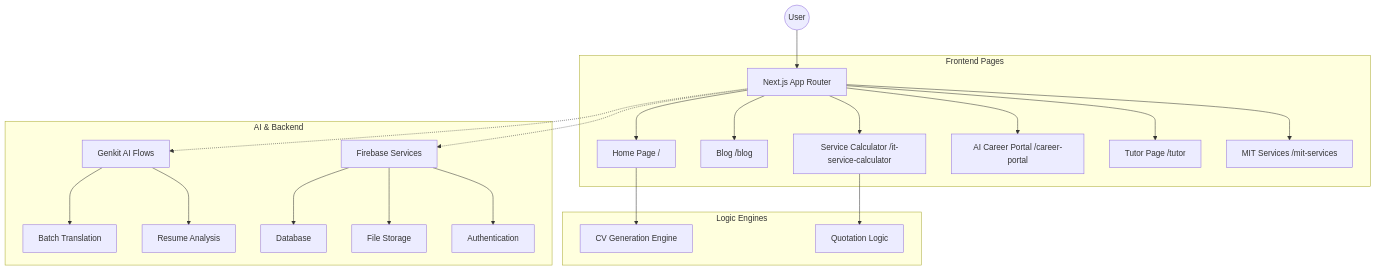
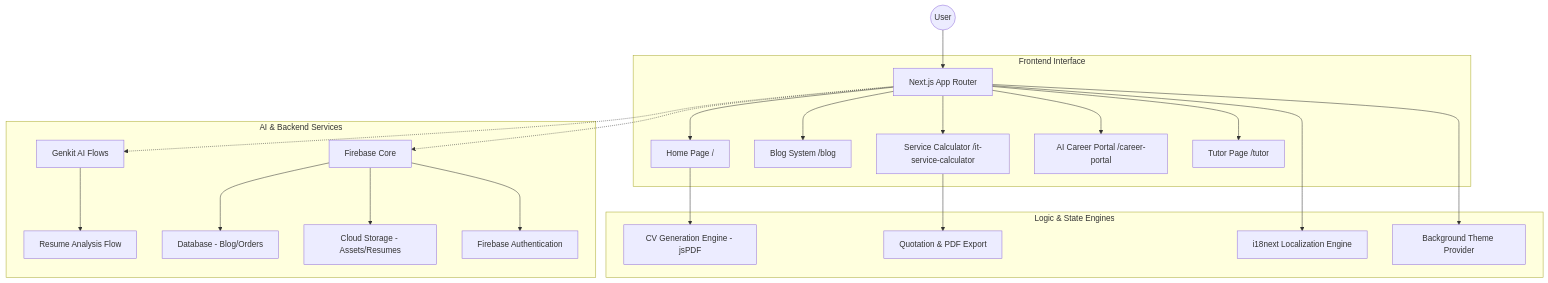
The diagram in README.md (MS0C54073/muzoprof), drawn with Mermaid before and after one commit. The commit also changed other lines of this file, not shown here.

Commit message:
Okay now update my readme including the diagrams

````diff
--- a/README.md
+++ b/README.md
@@ -40,30 +25,30 @@
 ```mermaid
 graph TD
     User((User)) --> Router[Next.js App Router]
     
-    subgraph "Frontend Pages"
+    subgraph "Frontend Interface"
         Router --> Home[Home Page /]
-        Router --> Blog[Blog /blog]
+        Router --> Blog[Blog System /blog]
         Router --> Calculator[Service Calculator /it-service-calculator]
         Router --> Portal[AI Career Portal /career-portal]
         Router --> Tutor[Tutor Page /tutor]
-        Router --> Services[MIT Services /mit-services]
     end
 
-    subgraph "Logic Engines"
-        Home --> CVGen[CV Generation Engine]
-        Calculator --> PriceLogic[Quotation Logic]
+    subgraph "Logic & State Engines"
+        Home --> CVGen[CV Generation Engine - jsPDF]
+        Calculator --> PriceLogic[Quotation & PDF Export]
+        Router --> Trans[i18next Localization Engine]
+        Router --> Theme[Background Theme Provider]
     end
 
-    subgraph "AI & Backend"
+    subgraph "AI & Backend Services"
         Router -.-> Genkit[Genkit AI Flows]
-        Router -.-> Firebase[Firebase Services]
+        Router -.-> Firebase[Firebase Core]
         
-        Genkit --> Translate[Batch Translation]
-        Genkit --> CareerGen[Resume Analysis]
+        Genkit --> CareerGen[Resume Analysis Flow]
         
-        Firebase --> Firestore[Database]
-        Firebase --> Storage[File Storage]
-        Firebase --> Auth[Authentication]
+        Firebase --> Firestore[Database - Blog/Orders]
+        Firebase --> Storage[Cloud Storage - Assets/Resumes]
+        Firebase --> Auth[Firebase Authentication]
     end
 ```
````
